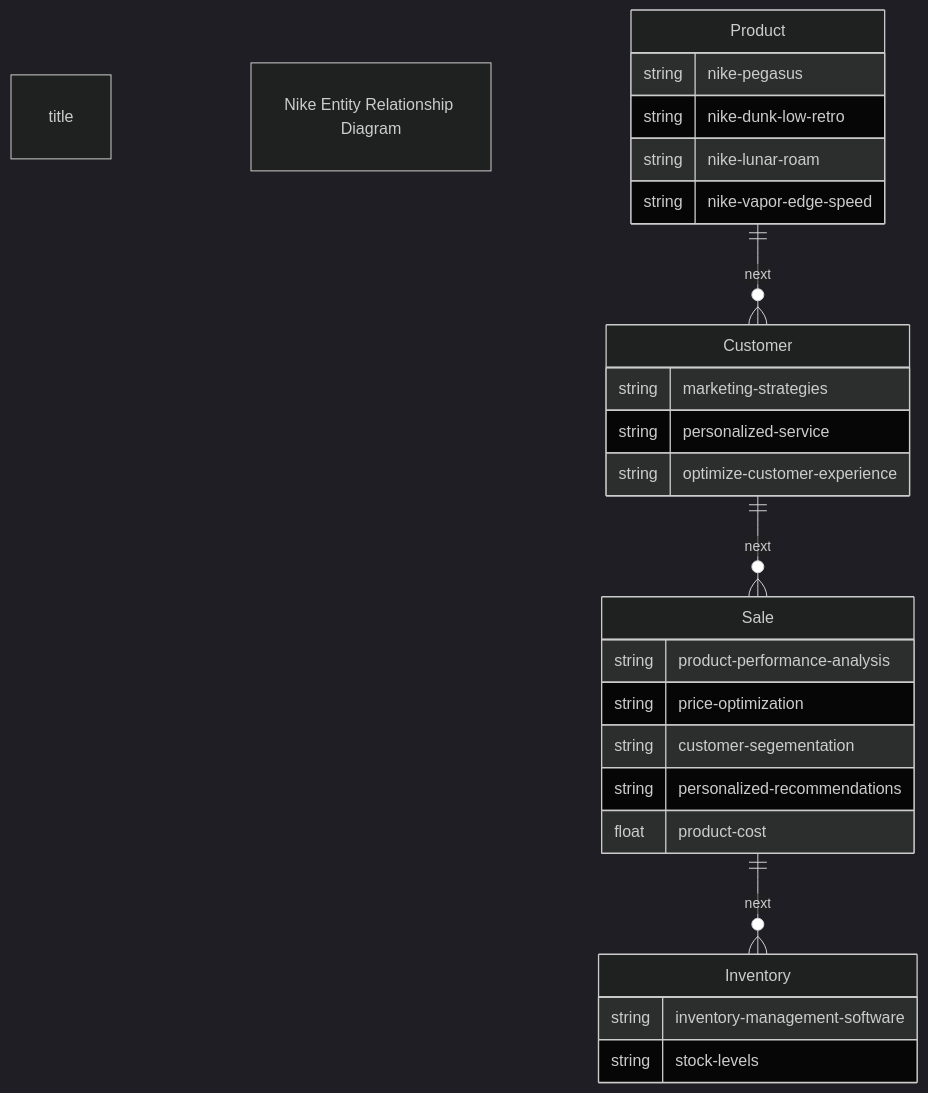
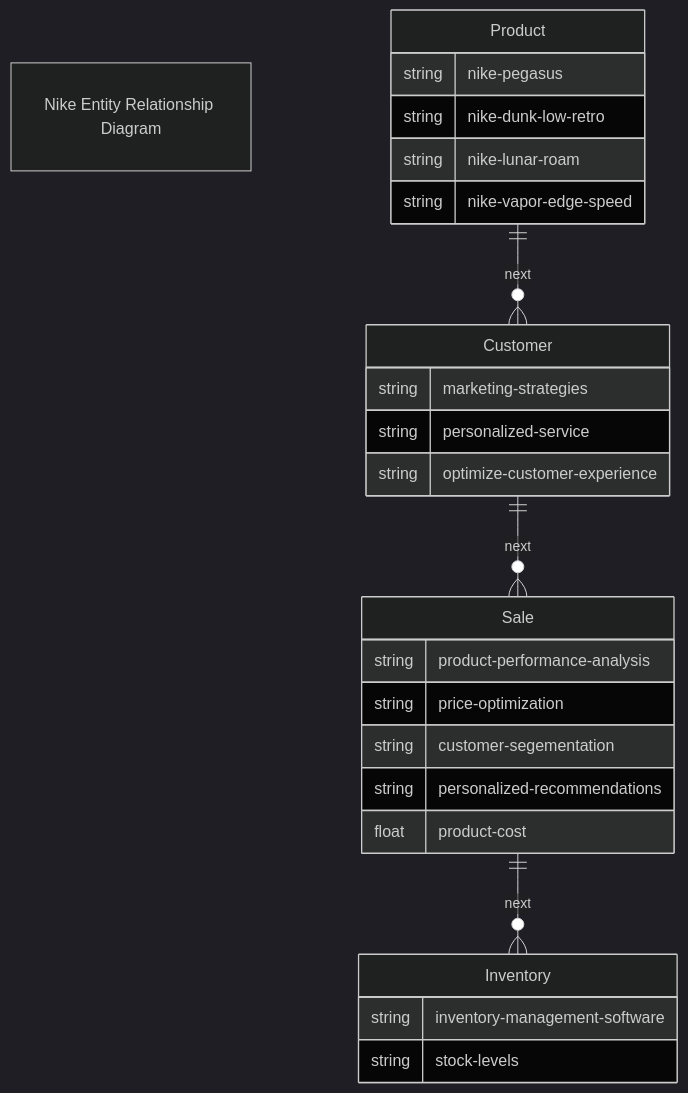
The diagram in NikeStore_ERD.md (JordanDuncan5/Nike-Store-ERD), drawn with Mermaid (dark theme) before and after one commit.

Commit message:
Update NikeStore_ERD.md
title attempt 3

````diff
--- a/NikeStore_ERD.md
+++ b/NikeStore_ERD.md
@@ -1,34 +1,34 @@
 ```mermaid
 
 erDiagram
 
-title "Nike Entity Relationship Diagram"
+"Nike Entity Relationship Diagram"
 
     Product ||--o{ Customer :next
     Product{
         string nike-pegasus
         string nike-dunk-low-retro
         string nike-lunar-roam
         string nike-vapor-edge-speed
     }
     Customer ||--o{ Sale :next
     Customer{
         string marketing-strategies
         string personalized-service
         string optimize-customer-experience
     }
     Sale ||--o{ Inventory :next
     Sale{
         string product-performance-analysis
         string price-optimization
         string customer-segementation
         string personalized-recommendations
         float product-cost
     }
     
     Inventory{
         string inventory-management-software
         string stock-levels
     }
 
 ```
````
